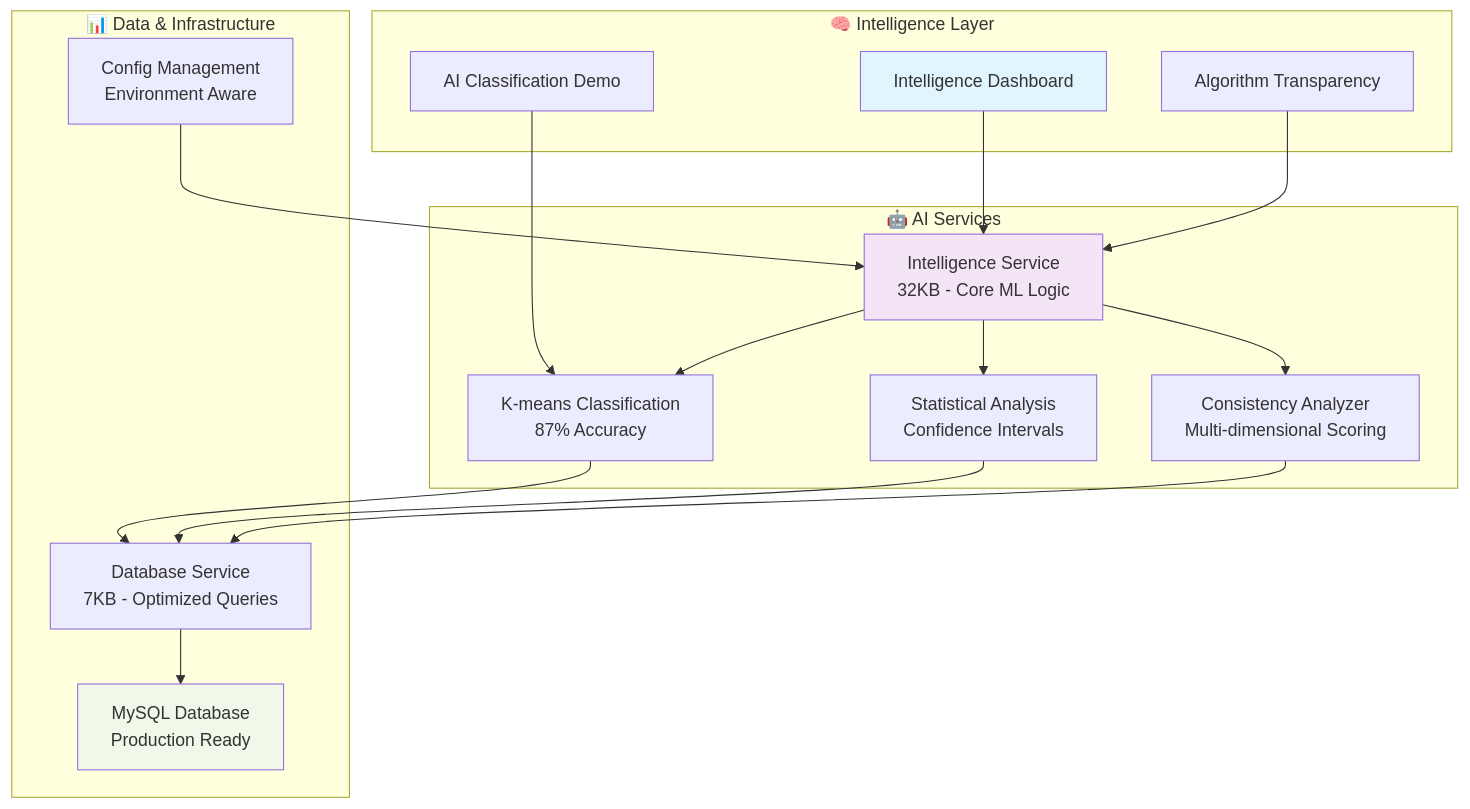
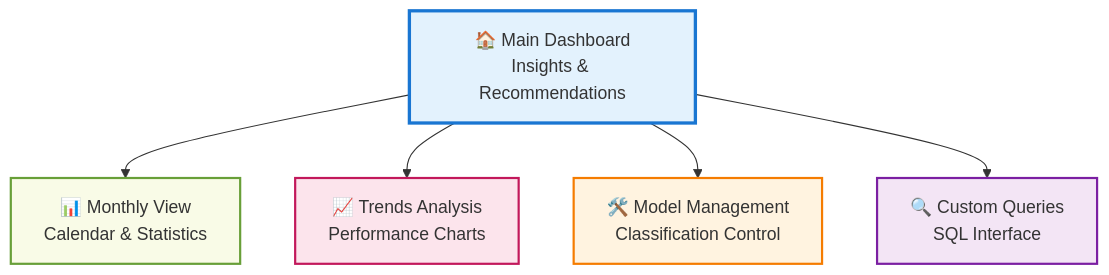
One commit to dagny099/fitness-dashboard changed the second of 2 diagrams in README.md. Above: the diagram before and after it, drawn with Mermaid. The commit also changed other lines of this file and 14 other files, not shown here.

````diff
--- a/README.md
+++ b/README.md
@@ -66,37 +31,13 @@
 ```mermaid
 graph TB
-    subgraph "🧠 Intelligence Layer"
-        A[Intelligence Dashboard]
-        B[Algorithm Transparency]  
-        C[AI Classification Demo]
-    end
-    
-    subgraph "🤖 AI Services"
-        D[Intelligence Service<br/>32KB - Core ML Logic]
-        E[K-means Classification<br/>87% Accuracy]
-        F[Statistical Analysis<br/>Confidence Intervals]
-        G[Consistency Analyzer<br/>Multi-dimensional Scoring]
-    end
-    
-    subgraph "📊 Data & Infrastructure"
-        H[Database Service<br/>7KB - Optimized Queries]
-        I[MySQL Database<br/>Production Ready]
-        J[Config Management<br/>Environment Aware]
-    end
-    
-    A --> D
-    B --> D
-    C --> E
-    D --> E
-    D --> F  
-    D --> G
-    E --> H
-    F --> H
-    G --> H
-    H --> I
-    J --> D
-    
-    style A fill:#e1f5fe
-    style D fill:#f3e5f5
-    style I fill:#f1f8e9
+    A[🏠 Main Dashboard<br/>Insights & Recommendations] --> B[📊 Monthly View<br/>Calendar & Statistics]
+    A --> C[📈 Trends Analysis<br/>Performance Charts]
+    A --> D[🛠️ Model Management<br/>Classification Control]
+    A --> E[🔍 Custom Queries<br/>SQL Interface]
+
+    style A fill:#e3f2fd,stroke:#1976d2,stroke-width:3px
+    style B fill:#f9fbe7,stroke:#689f38,stroke-width:2px
+    style C fill:#fce4ec,stroke:#c2185b,stroke-width:2px
+    style D fill:#fff3e0,stroke:#f57c00,stroke-width:2px
+    style E fill:#f3e5f5,stroke:#7b1fa2,stroke-width:2px
 ```
````
